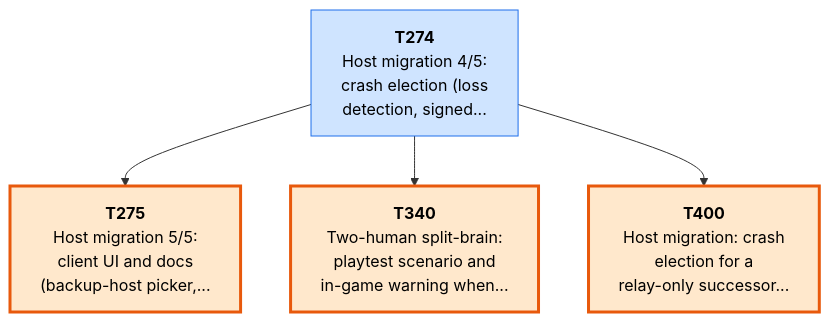
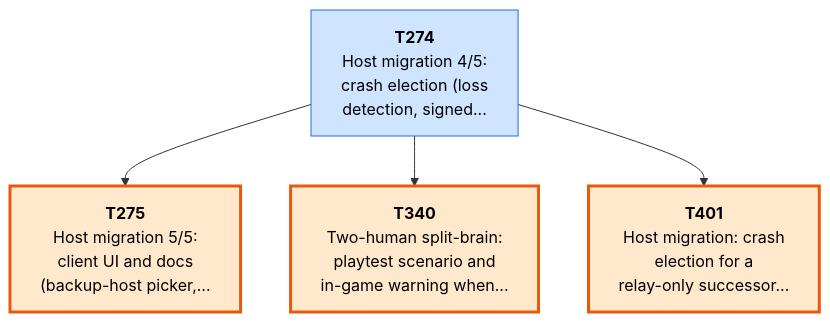
The first of 5 diagrams in csharp/migration/DEPENDENCY_MAP.md (Kenmura/UncivSharp), drawn with Mermaid before and after one commit. The commit also changed other lines of this file and 3 other files, not shown here.

Commit message:
migration: file T401 (relay-only election), T274 notes

````diff
--- a/csharp/migration/DEPENDENCY_MAP.md
+++ b/csharp/migration/DEPENDENCY_MAP.md
@@ -55,21 +55,21 @@
 ```mermaid
 flowchart TD
   T274["<b>T274</b><br/>Host migration 4/5:<br/>crash election (loss<br/>detection, signed..."]
   T275["<b>T275</b><br/>Host migration 5/5:<br/>client UI and docs<br/>(backup-host picker,..."]
   T340["<b>T340</b><br/>Two-human split-brain:<br/>playtest scenario and<br/>in-game warning when..."]
-  T400["<b>T400</b><br/>Host migration: crash<br/>election for a<br/>relay-only successor..."]
+  T401["<b>T401</b><br/>Host migration: crash<br/>election for a<br/>relay-only successor..."]
   T274 --> T275
   T274 --> T340
-  T274 --> T400
+  T274 --> T401
   classDef waiting fill:#f3faf3,stroke:#9bc49b,color:#555,stroke-dasharray:2 2
   classDef ondeck fill:#ffe8cc,stroke:#e8590c,stroke-width:3px,color:#000
   classDef ready fill:#7ee787,stroke:#1a7f37,stroke-width:3px,color:#000
   classDef prog fill:#fff3b0,stroke:#b58900,color:#000
   classDef review fill:#cfe4ff,stroke:#1f6feb,color:#000
   classDef blocked fill:#ffd6d6,stroke:#c62828,color:#000
   classDef done fill:#eeeeee,stroke:#999999,color:#666,stroke-dasharray:4 3
   class T274 review
   class T275 ondeck
   class T340 ondeck
-  class T400 ondeck
+  class T401 ondeck
 ```
````
